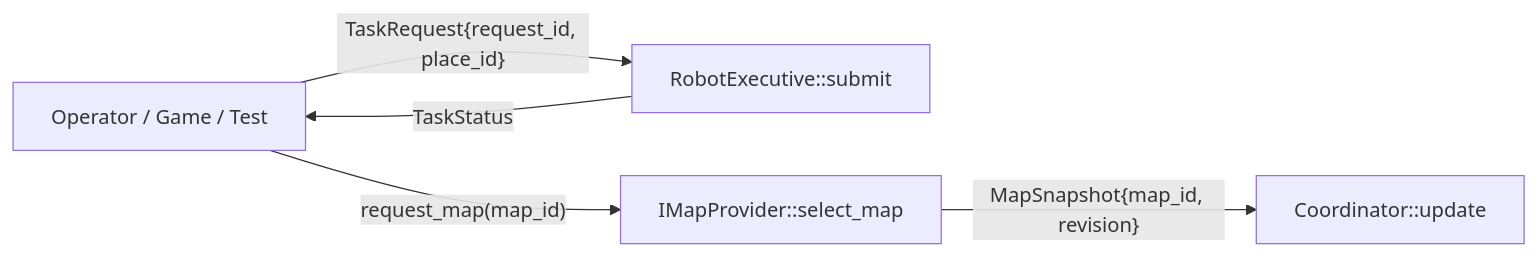
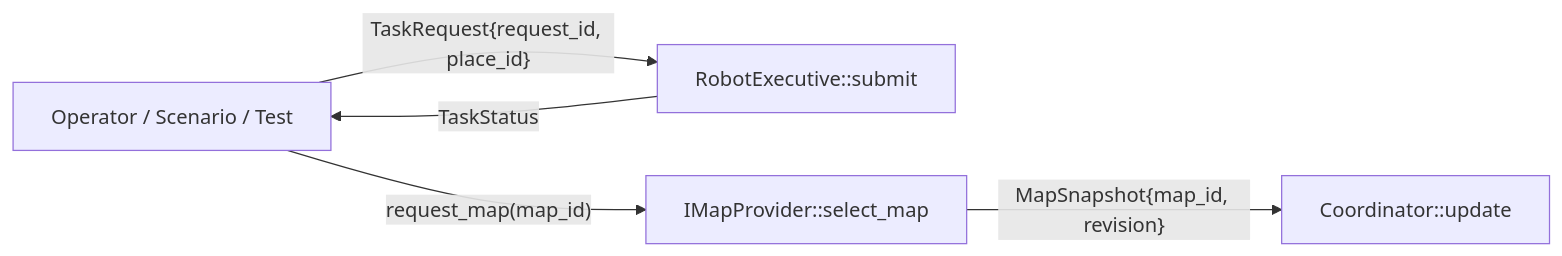
Before and after one commit to Robin-1978/lost-signal: the fifth of 6 diagrams in docs/system-overview.md, drawn with Mermaid. The commit also changed other lines of this file and 8 other files, not shown here.

Commit message:
refactor: rename sim/game to sim/scenario, drop game wording

````diff
--- a/docs/system-overview.md
+++ b/docs/system-overview.md
@@ -134,7 +134,7 @@
 ```mermaid
 flowchart LR
-  Op["Operator / Game / Test"] -->|"TaskRequest{request_id, place_id}"| Exe["RobotExecutive::submit"]
+  Op["Operator / Scenario / Test"] -->|"TaskRequest{request_id, place_id}"| Exe["RobotExecutive::submit"]
   Op -->|"request_map(map_id)"| Map["IMapProvider::select_map"]
   Exe -->|"TaskStatus"| Op
   Map -->|"MapSnapshot{map_id, revision}"| Coord["Coordinator::update"]
 ```
````
